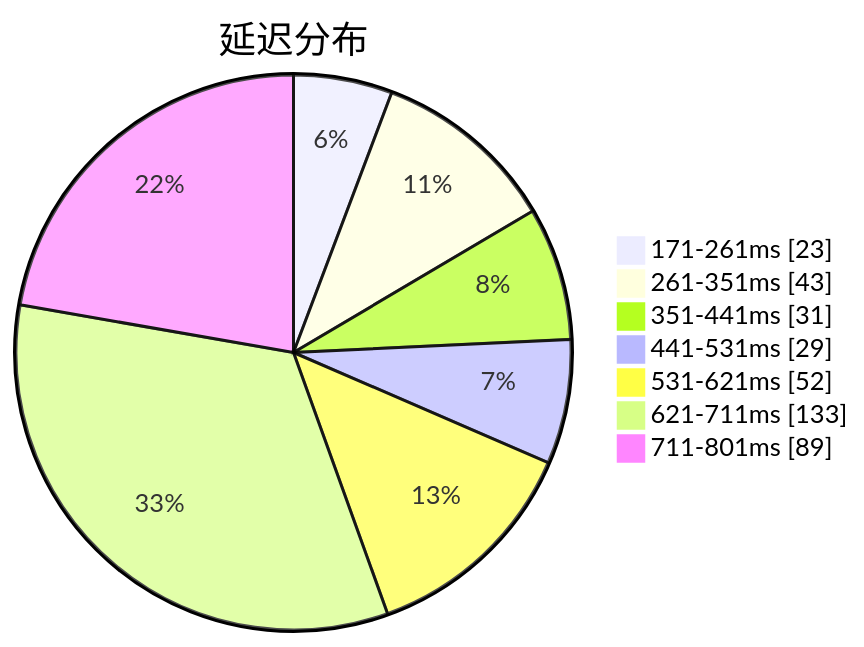
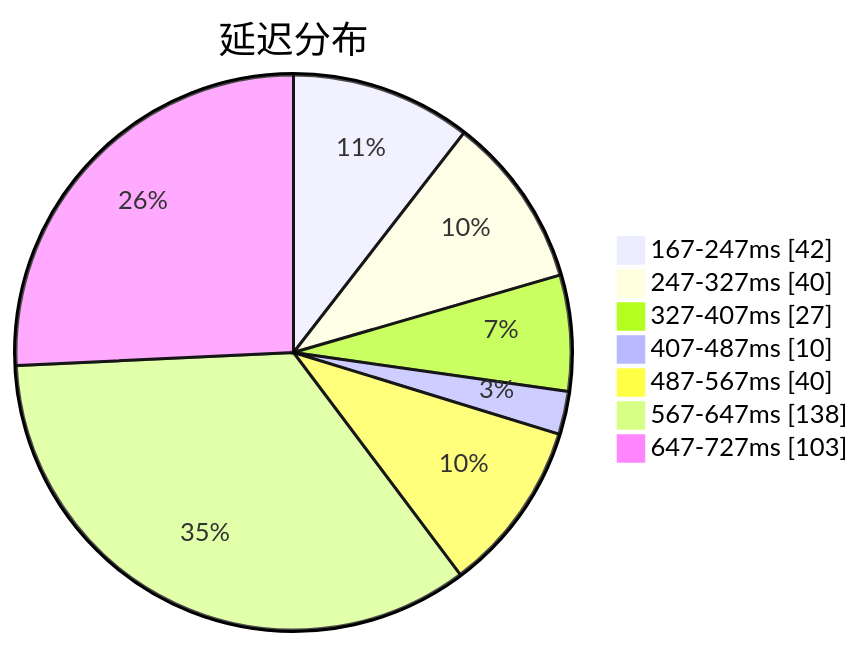
One commit to qjlxg/airport changed the first of 3 diagrams in subs/statistics/tested_within.md. Above: the diagram before and after it, drawn with Mermaid. The commit also changed other lines of this file and 2 other files, not shown here.

Commit message:
Tested by metaST

````diff
--- a/subs/statistics/tested_within.md
+++ b/subs/statistics/tested_within.md
@@ -2,11 +2,11 @@
 ```mermaid
 pie showData
 title 延迟分布
-"171-261ms" : 23
-"261-351ms" : 43
-"351-441ms" : 31
-"441-531ms" : 29
-"531-621ms" : 52
-"621-711ms" : 133
-"711-801ms" : 89
+"167-247ms" : 42
+"247-327ms" : 40
+"327-407ms" : 27
+"407-487ms" : 10
+"487-567ms" : 40
+"567-647ms" : 138
+"647-727ms" : 103
 ```
````
